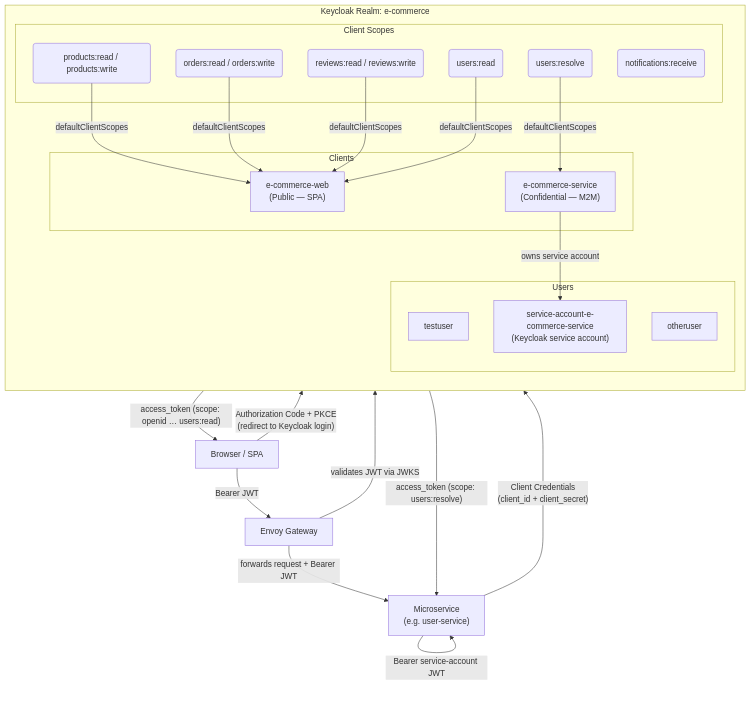
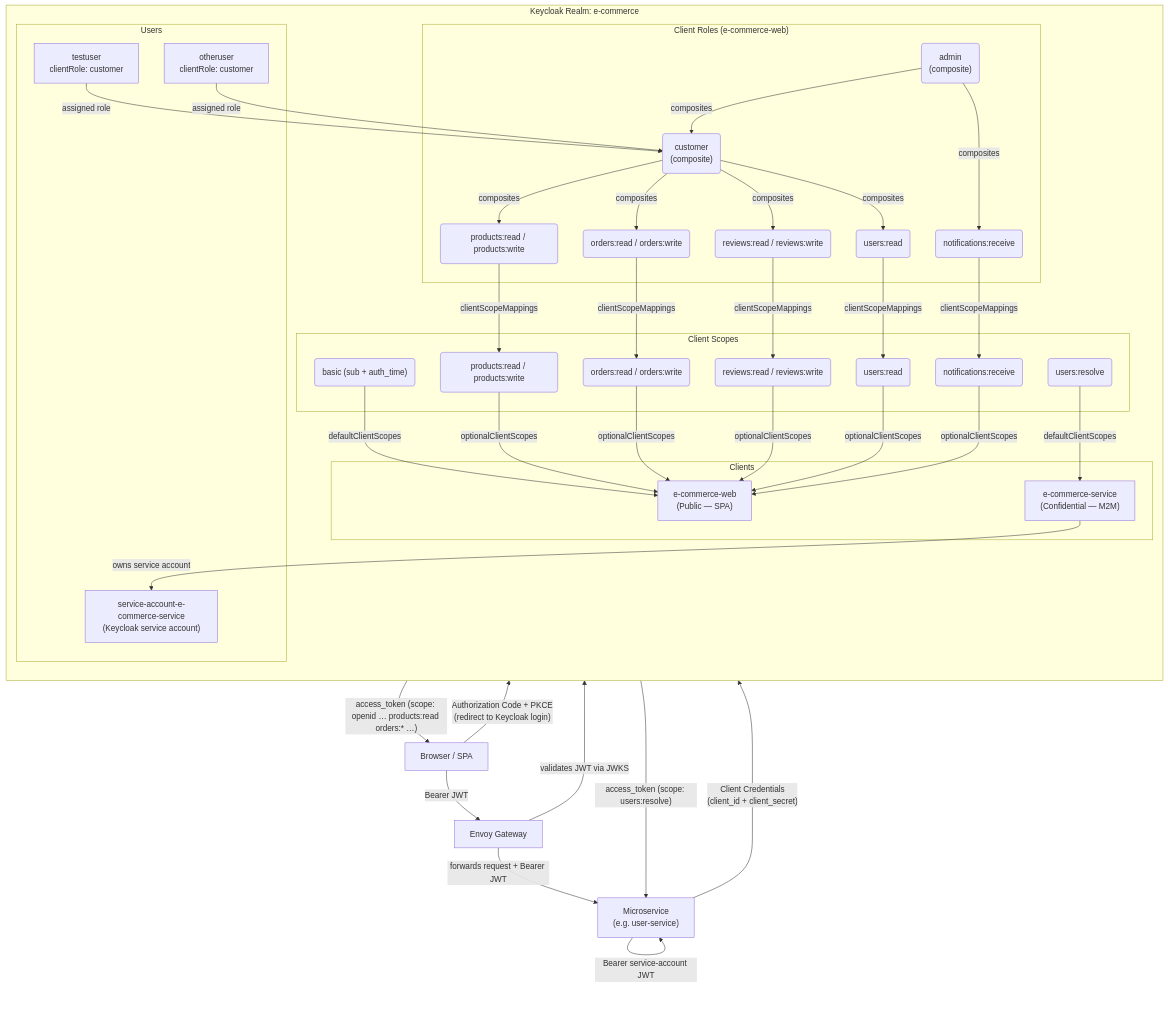
Before and after one commit to ricsanfre/spring-microservices-otel-k8s: the first of 2 diagrams in design/keycloak-configuration.md, drawn with Mermaid. The commit also changed other lines of this file and 5 other files, not shown here.

````diff
--- a/design/keycloak-configuration.md
+++ b/design/keycloak-configuration.md
@@ -11,47 +11,75 @@
 ```mermaid
 flowchart TD
     subgraph REALM["Keycloak Realm: e-commerce"]
         direction TB
 
+        subgraph ROLES["Client Roles (e-commerce-web)"]
+            CR_C("customer\n(composite)")
+            CR_A("admin\n(composite)")
+            CR_P("products:read / products:write")
+            CR_O("orders:read / orders:write")
+            CR_R("reviews:read / reviews:write")
+            CR_U("users:read")
+            CR_N("notifications:receive")
+        end
+
         subgraph SCOPES["Client Scopes"]
+            S0("basic (sub + auth_time)")
             S1("products:read / products:write")
             S2("orders:read / orders:write")
             S3("reviews:read / reviews:write")
             S4("users:read")
             S5("users:resolve")
             S6("notifications:receive")
         end
 
         subgraph CLIENTS["Clients"]
             C1["e-commerce-web\n(Public — SPA)"]
             C2["e-commerce-service\n(Confidential — M2M)"]
         end
 
         subgraph USERS["Users"]
-            U1["testuser"]
-            U2["otheruser"]
+            U1["testuser\nclientRole: customer"]
+            U2["otheruser\nclientRole: customer"]
             U3["service-account-e-commerce-service\n(Keycloak service account)"]
         end
 
-        S1 -->|defaultClientScopes| C1
-        S2 -->|defaultClientScopes| C1
-        S3 -->|defaultClientScopes| C1
-        S4 -->|defaultClientScopes| C1
+        CR_C -->|composites| CR_P
+        CR_C -->|composites| CR_O
+        CR_C -->|composites| CR_R
+        CR_C -->|composites| CR_U
+        CR_A -->|composites| CR_C
+        CR_A -->|composites| CR_N
+
+        CR_P -->|clientScopeMappings| S1
+        CR_O -->|clientScopeMappings| S2
+        CR_R -->|clientScopeMappings| S3
+        CR_U -->|clientScopeMappings| S4
+        CR_N -->|clientScopeMappings| S6
+
+        S0 -->|defaultClientScopes| C1
+        S1 -->|optionalClientScopes| C1
+        S2 -->|optionalClientScopes| C1
+        S3 -->|optionalClientScopes| C1
+        S4 -->|optionalClientScopes| C1
         S5 -->|defaultClientScopes| C2
+        S6 -->|optionalClientScopes| C1
         C2 -->|owns service account| U3
+        U1 -->|assigned role| CR_C
+        U2 -->|assigned role| CR_C
     end
 
     Browser["Browser / SPA"]
     Service["Microservice\n(e.g. user-service)"]
     Gateway["Envoy Gateway"]
 
     Browser -->|"Authorization Code + PKCE\n(redirect to Keycloak login)"| C1
-    C1 -->|"access_token (scope: openid … users:read)"| Browser
+    C1 -->|"access_token (scope: openid … products:read orders:* …)"| Browser
     Browser -->|"Bearer JWT"| Gateway
     Gateway -->|validates JWT via JWKS| REALM
     Gateway -->|forwards request + Bearer JWT| Service
 
     Service -->|"Client Credentials\n(client_id + client_secret)"| C2
     C2 -->|"access_token (scope: users:resolve)"| Service
     Service -->|"Bearer service-account JWT"| Service
 ```
````
